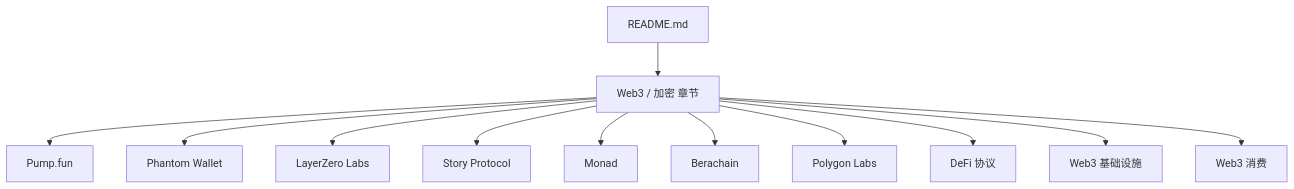
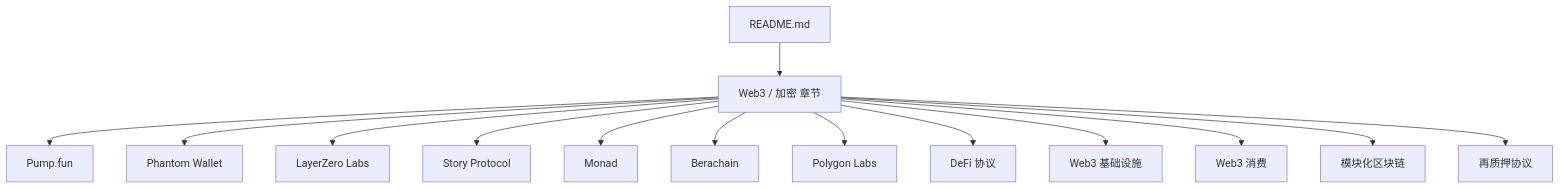
The first of 12 diagrams in .qoder/repowiki/zh/content/Web3 _ 加密.md (allengaller/awesome-startups), drawn with Mermaid before and after one commit. The commit also changed other lines of this file and 113 other files, not shown here.

````diff
--- a/.qoder/repowiki/zh/content/Web3 _ 加密.md
+++ b/.qoder/repowiki/zh/content/Web3 _ 加密.md
@@ -35,14 +36,16 @@
 ```mermaid
 graph TB
 A["README.md"] --> B["Web3 / 加密 章节"]
 B --> C["Pump.fun"]
 B --> D["Phantom Wallet"]
 B --> E["LayerZero Labs"]
 B --> F["Story Protocol"]
 B --> G["Monad"]
 B --> H["Berachain"]
 B --> I["Polygon Labs"]
 B --> J["DeFi 协议"]
 B --> K["Web3 基础设施"]
 B --> L["Web3 消费"]
+B --> M["模块化区块链"]
+B --> N["再质押协议"]
 ```
````
